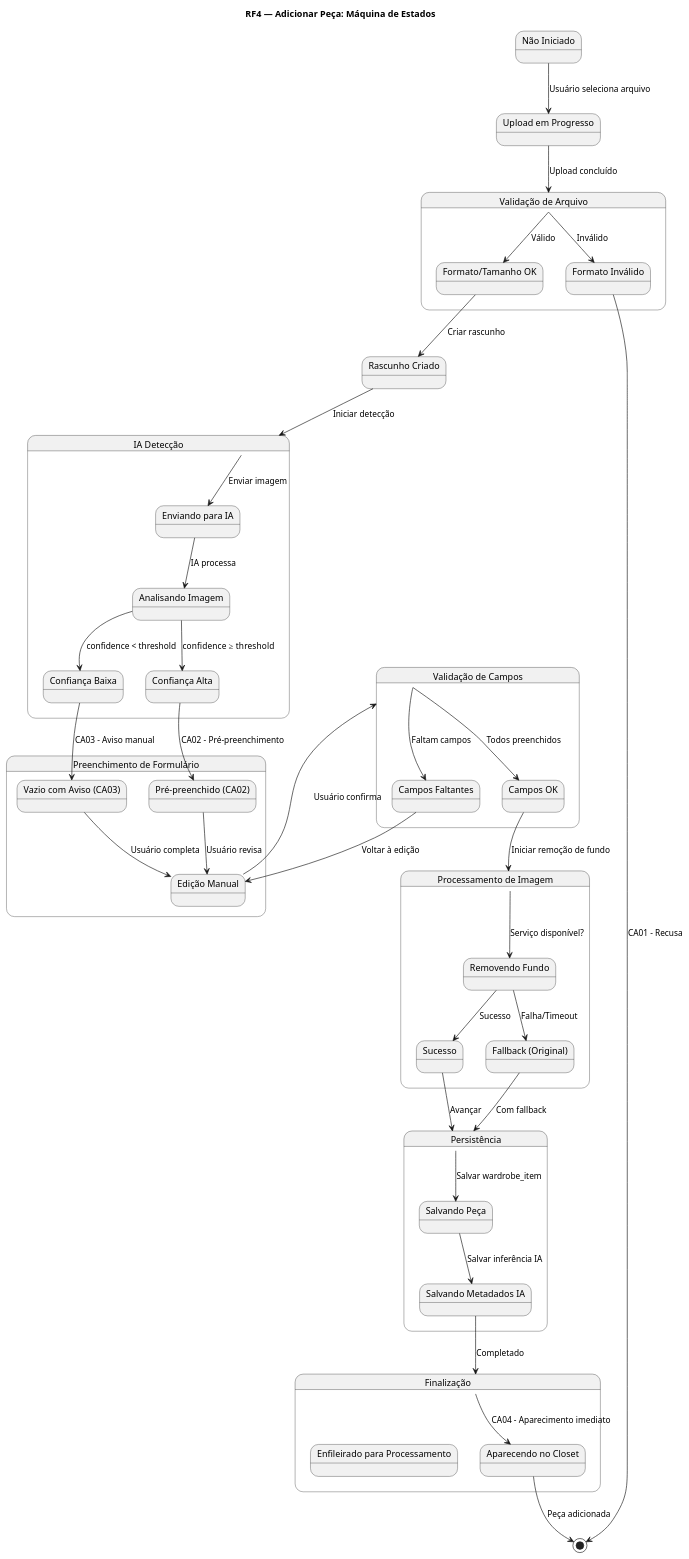
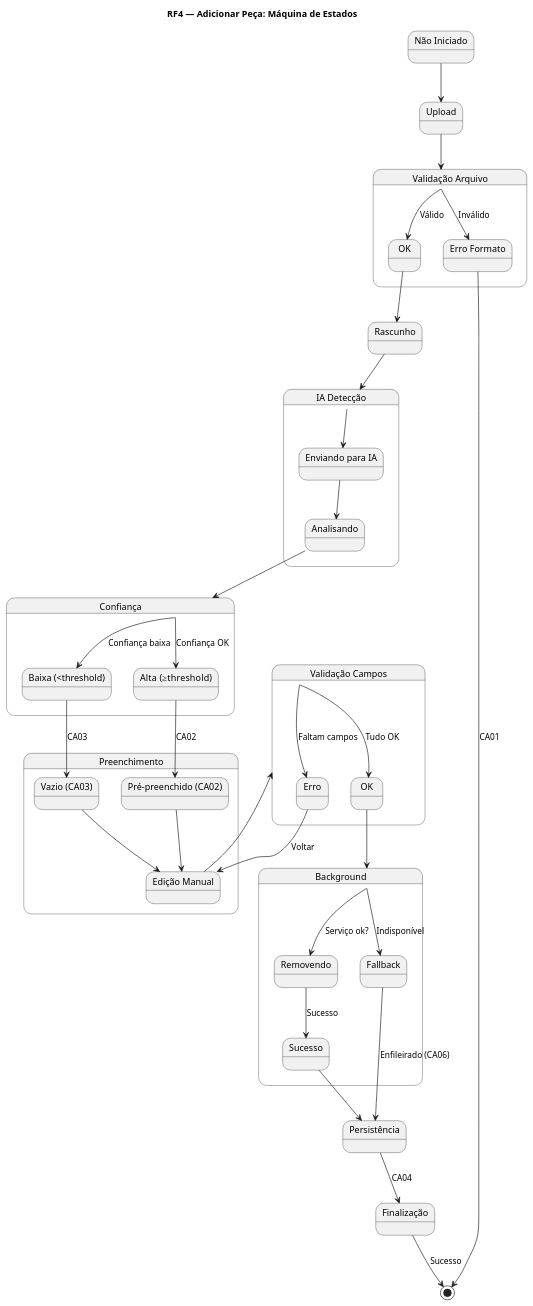
One commit to MatheusHaliski/SAI-TCC-2026 changed the third of 4 diagrams in rf4-adicionar-peca.puml. Above: the diagram before and after it, drawn with PlantUML. The commit also changed other lines of this file, not shown here.

First line of the commit message:
fix: Rewrite RF4 PlantUML to use activity diagrams only (fix syntax errors)

```diff
--- a/rf4-adicionar-peca.puml
+++ b/rf4-adicionar-peca.puml
@@ -243,94 +147,87 @@
 @startuml RF4_AdicionarPeca_Estados
 
 title RF4 — Adicionar Peça: Máquina de Estados
 
-state "Não Iniciado" as NotStarted
-state "Upload em Progresso" as Uploading
-state "Validação de Arquivo" as FileValidation {
-  state "Formato/Tamanho OK" as FormatOK
-  state "Formato Inválido" as FormatError
+state "Não Iniciado" as Start
+state "Upload" as Upload
+state "Validação Arquivo" as FileValidation {
+    state "OK" as FileOK
+    state "Erro Formato" as FileError
 }
 
-state "Rascunho Criado" as DraftCreated
+state "Rascunho" as Draft
 
 state "IA Detecção" as IADetection {
-  state "Enviando para IA" as SendingIA
-  state "Analisando Imagem" as AnalyzingIA
-  state "Confiança Alta" as HighConfidence
-  state "Confiança Baixa" as LowConfidence
+    state "Enviando para IA" as SendingIA
+    state "Analisando" as AnalyzingIA
 }
 
-state "Preenchimento de Formulário" as FormFilling {
-  state "Pré-preenchido (CA02)" as Prepopulated
-  state "Vazio com Aviso (CA03)" as EmptyForm
-  state "Edição Manual" as ManualEdit
+state "Confiança" as Confidence {
+    state "Alta (≥threshold)" as HighConf
+    state "Baixa (<threshold)" as LowConf
 }
 
-state "Validação de Campos" as FieldValidation {
-  state "Campos OK" as FieldsOK
-  state "Campos Faltantes" as MissingFields
+state "Preenchimento" as Filling {
+    state "Pré-preenchido (CA02)" as Prepopulated
+    state "Vazio (CA03)" as Empty
+    state "Edição Manual" as ManualEdit
 }
 
-state "Processamento de Imagem" as ImageProcessing {
-  state "Removendo Fundo" as RemovingBg
-  state "Sucesso" as BgRemovalSuccess
-  state "Fallback (Original)" as BgRemovalFallback
+state "Validação Campos" as FieldValidation {
+    state "OK" as FieldsOK
+    state "Erro" as FieldsError
 }
 
-state "Persistência" as Persistence {
-  state "Salvando Peça" as SavingPiece
-  state "Salvando Metadados IA" as SavingMetadata
+state "Background" as BgRemoval {
+    state "Removendo" as Removing
+    state "Sucesso" as BgSuccess
+    state "Fallback" as BgFallback
 }
 
-state "Finalização" as Finalization {
-  state "Aparecendo no Closet" as InCloset
-  state "Enfileirado para Processamento" as Queued
-}
+state "Persistência" as Persistence
+state "Finalização" as Final
 
-NotStarted --> Uploading: Usuário seleciona arquivo
+Start --> Upload
+Upload --> FileValidation
 
-Uploading --> FileValidation: Upload concluído
+FileValidation --> FileOK: Válido
+FileValidation --> FileError: Inválido
+FileError --> [*]: CA01
 
-FileValidation --> FormatOK: Válido
-FileValidation --> FormatError: Inválido
-FormatError --> [*]: CA01 - Recusa
+FileOK --> Draft
 
-FormatOK --> DraftCreated: Criar rascunho
+Draft --> IADetection
+IADetection --> SendingIA
+SendingIA --> AnalyzingIA
 
-DraftCreated --> IADetection: Iniciar detecção
+AnalyzingIA --> Confidence
 
-IADetection --> SendingIA: Enviar imagem
-SendingIA --> AnalyzingIA: IA processa
-AnalyzingIA --> HighConfidence: confidence ≥ threshold
-AnalyzingIA --> LowConfidence: confidence < threshold
+Confidence --> HighConf: Confiança OK
+Confidence --> LowConf: Confiança baixa
 
-HighConfidence --> Prepopulated: CA02 - Pré-preenchimento
+HighConf --> Prepopulated: CA02
+LowConf --> Empty: CA03
 
-LowConfidence --> EmptyForm: CA03 - Aviso manual
+Prepopulated --> ManualEdit
+Empty --> ManualEdit
 
-Prepopulated --> ManualEdit: Usuário revisa
-EmptyForm --> ManualEdit: Usuário completa
+ManualEdit --> FieldValidation
 
-ManualEdit --> FieldValidation: Usuário confirma
+FieldValidation --> FieldsOK: Tudo OK
+FieldValidation --> FieldsError: Faltam campos
+FieldsError --> ManualEdit: Voltar
 
-FieldValidation --> FieldsOK: Todos preenchidos
-FieldValidation --> MissingFields: Faltam campos
-MissingFields --> ManualEdit: Voltar à edição
+FieldsOK --> BgRemoval
 
-FieldsOK --> ImageProcessing: Iniciar remoção de fundo
+BgRemoval --> Removing: Serviço ok?
+BgRemoval --> BgFallback: Indisponível
 
-ImageProcessing --> RemovingBg: Serviço disponível?
-RemovingBg --> BgRemovalSuccess: Sucesso
-RemovingBg --> BgRemovalFallback: Falha/Timeout
+Removing --> BgSuccess: Sucesso
+BgSuccess --> Persistence
 
-BgRemovalSuccess --> Persistence: Avançar
-BgRemovalFallback --> Persistence: Com fallback
+BgFallback --> Persistence: Enfileirado (CA06)
 
-Persistence --> SavingPiece: Salvar wardrobe_item
-SavingPiece --> SavingMetadata: Salvar inferência IA
-SavingMetadata --> Finalization: Completado
-
-Finalization --> InCloset: CA04 - Aparecimento imediato
-InCloset --> [*]: Peça adicionada
+Persistence --> Final: CA04
+Final --> [*]: Sucesso
 
 @enduml
```
